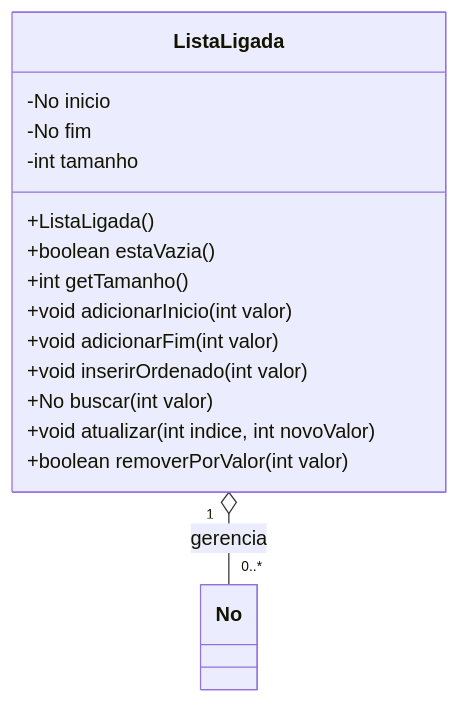
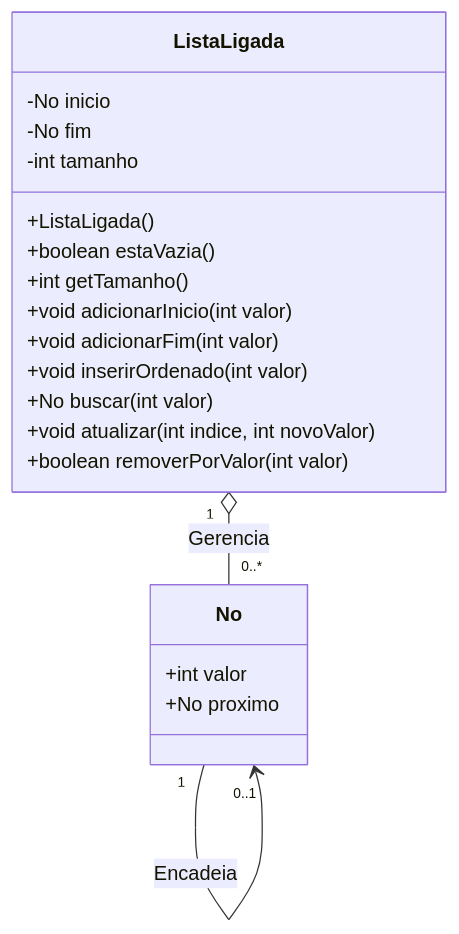
One commit to murilolol/unifef changed diagram 12 of 22 in 4º Semestre/[Prof. Wesley Soares] Estrutura de Dados I/Resumos-IA/Caderno-Consolidado.md. Above: the diagram before and after it, drawn with Mermaid. The commit also changed other lines of this file and 25 other files, not shown here.

````diff
--- a/4º Semestre/[Prof. Wesley Soares] Estrutura de Dados I/Resumos-IA/Caderno-Consolidado.md
+++ b/4º Semestre/[Prof. Wesley Soares] Estrutura de Dados I/Resumos-IA/Caderno-Consolidado.md
@@ -697,18 +738,23 @@
 ```mermaid
 classDiagram
     class ListaLigada {
         -No inicio
         -No fim
         -int tamanho
         +ListaLigada()
         +boolean estaVazia()
         +int getTamanho()
         +void adicionarInicio(int valor)
         +void adicionarFim(int valor)
         +void inserirOrdenado(int valor)
         +No buscar(int valor)
         +void atualizar(int indice, int novoValor)
         +boolean removerPorValor(int valor)
     }
-    ListaLigada "1" o-- "0..*" No : gerencia
+    class No {
+        +int valor
+        +No proximo
+    }
+    ListaLigada "1" o-- "0..*" No : Gerencia
+    No "1" --> "0..1" No : Encadeia
 ```
````
